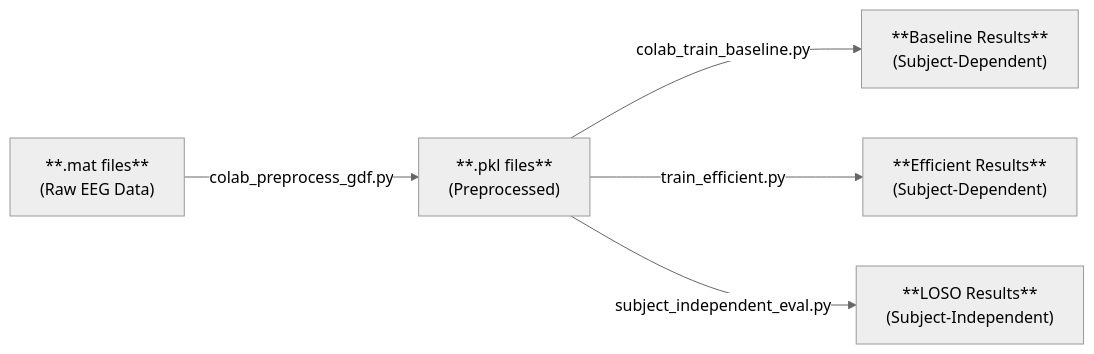
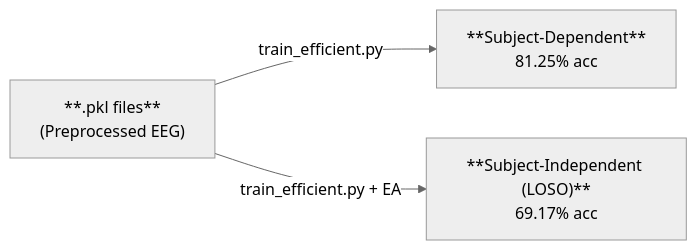
The first of 4 diagrams in process_documentation.md (razuahmedjoy/efficient-transformer-BCI), drawn with Mermaid (neutral theme) before and after one commit. The commit also changed other lines of this file and 11 other files, not shown here.

````diff
--- a/process_documentation.md
+++ b/process_documentation.md
@@ -10,7 +10,5 @@
 ```mermaid
 flowchart LR
-    A["**.mat files**\n(Raw EEG Data)"] -->|colab_preprocess_gdf.py| B["**.pkl files**\n(Preprocessed)"]
-    B -->|colab_train_baseline.py| C["**Baseline Results**\n(Subject-Dependent)"]
-    B -->|train_efficient.py| D["**Efficient Results**\n(Subject-Dependent)"]
-    B -->|subject_independent_eval.py| E["**LOSO Results**\n(Subject-Independent)"]
+    A["**.pkl files**\n(Preprocessed EEG)"] -->|train_efficient.py| B["**Subject-Dependent**\n81.25% acc"]
+    A -->|train_efficient.py + EA| C["**Subject-Independent (LOSO)**\n69.17% acc"]
 ```
````
